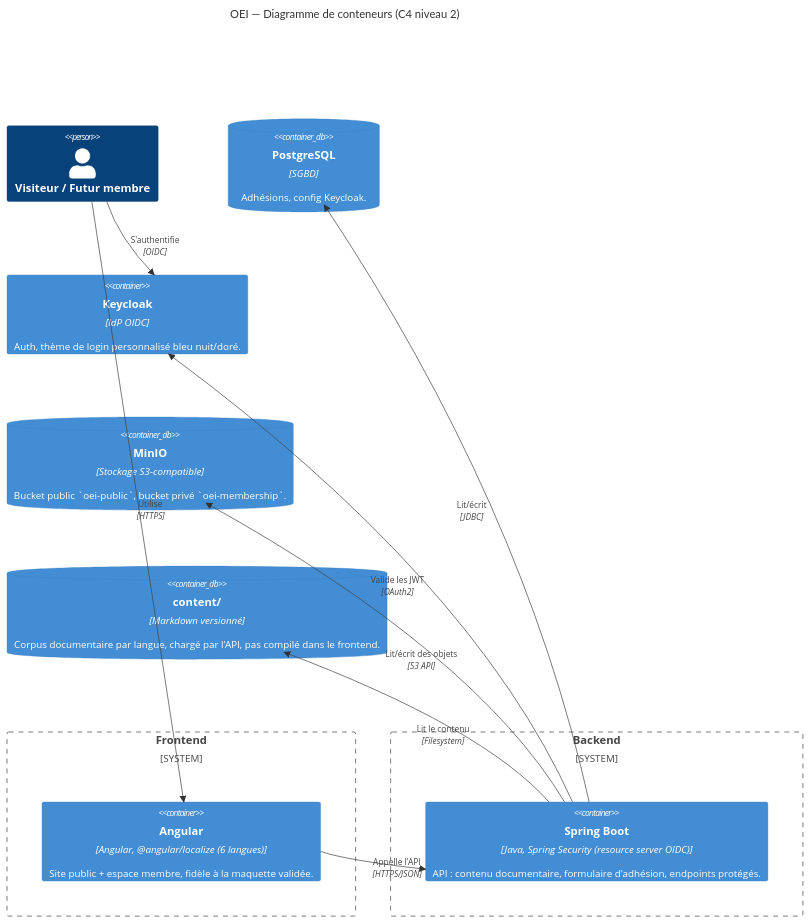
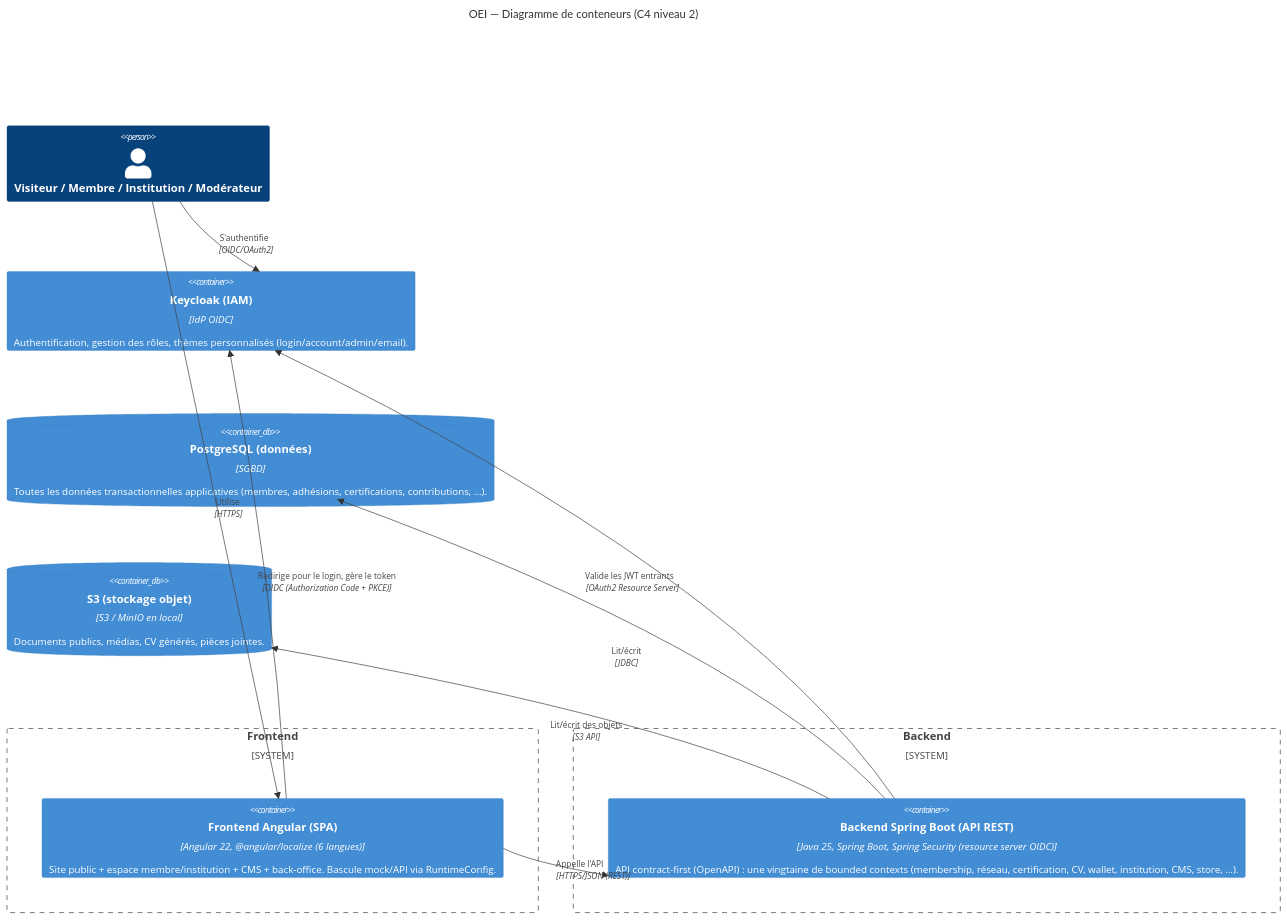
Before and after one commit to dpassyann/oei: the second of 3 diagrams in README.md, drawn with Mermaid. The commit also changed other lines of this file and 3 other files, not shown here.

````diff
--- a/README.md
+++ b/README.md
@@ -62,27 +93,26 @@
 ```mermaid
 C4Container
     title OEI — Diagramme de conteneurs (C4 niveau 2)
 
-    Person(visitor, "Visiteur / Futur membre")
+    Person(user, "Visiteur / Membre / Institution / Modérateur")
 
     System_Boundary(frontend, "Frontend") {
-        Container(ng, "Angular", "Angular, @angular/localize (6 langues)", "Site public + espace membre, fidèle à la maquette validée.")
+        Container(ng, "Frontend Angular (SPA)", "Angular 22, @angular/localize (6 langues)", "Site public + espace membre/institution + CMS + back-office. Bascule mock/API via RuntimeConfig.")
     }
 
     System_Boundary(backend, "Backend") {
-        Container(api, "Spring Boot", "Java, Spring Security (resource server OIDC)", "API : contenu documentaire, formulaire d'adhésion, endpoints protégés.")
+        Container(api, "Backend Spring Boot (API REST)", "Java 25, Spring Boot, Spring Security (resource server OIDC)", "API contract-first (OpenAPI) : une vingtaine de bounded contexts (membership, réseau, certification, CV, wallet, institution, CMS, store, ...).")
     }
 
-    ContainerDb(pg, "PostgreSQL", "SGBD", "Adhésions, config Keycloak.")
-    Container(kc, "Keycloak", "IdP OIDC", "Auth, thème de login personnalisé bleu nuit/doré.")
-    ContainerDb(s3, "MinIO", "Stockage S3-compatible", "Bucket public `oei-public`, bucket privé `oei-membership`.")
-    ContainerDb(content, "content/", "Markdown versionné", "Corpus documentaire par langue, chargé par l'API, pas compilé dans le frontend.")
+    Container(kc, "Keycloak (IAM)", "IdP OIDC", "Authentification, gestion des rôles, thèmes personnalisés (login/account/admin/email).")
+    ContainerDb(pg, "PostgreSQL (données)", "SGBD", "Toutes les données transactionnelles applicatives (membres, adhésions, certifications, contributions, ...).")
+    ContainerDb(s3, "S3 (stockage objet)", "S3 / MinIO en local", "Documents publics, médias, CV générés, pièces jointes.")
 
-    Rel(visitor, ng, "Utilise", "HTTPS")
-    Rel(ng, api, "Appelle l'API", "HTTPS/JSON")
-    Rel(visitor, kc, "S'authentifie", "OIDC")
-    Rel(api, kc, "Valide les JWT", "OAuth2")
+    Rel(user, ng, "Utilise", "HTTPS")
+    Rel(ng, api, "Appelle l'API", "HTTPS/JSON (REST)")
+    Rel(user, kc, "S'authentifie", "OIDC/OAuth2")
+    Rel(ng, kc, "Redirige pour le login, gère le token", "OIDC (Authorization Code + PKCE)")
+    Rel(api, kc, "Valide les JWT entrants", "OAuth2 Resource Server")
     Rel(api, pg, "Lit/écrit", "JDBC")
     Rel(api, s3, "Lit/écrit des objets", "S3 API")
-    Rel(api, content, "Lit le contenu", "Filesystem")
 ```
````
